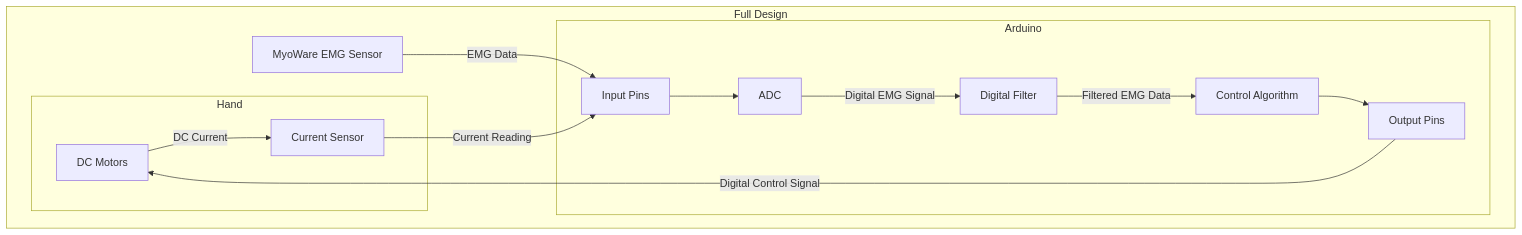
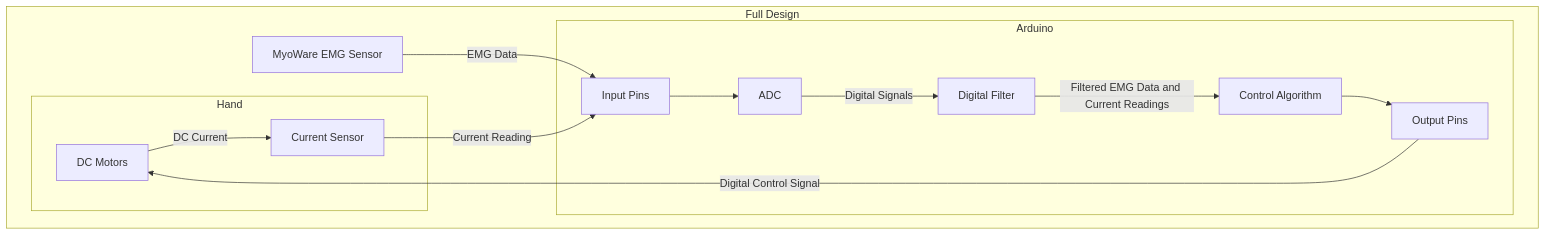
Before and after one commit to PeteMillians/Senior-Design: the diagram in docs/FullDesign.md, drawn with Mermaid.

````diff
--- a/docs/FullDesign.md
+++ b/docs/FullDesign.md
@@ -129,21 +129,21 @@
 ```mermaid
 graph TD
   subgraph Full Design
     A[MyoWare EMG Sensor]
     
     subgraph Arduino
       C1[Input Pins]
       C2[ADC]
       C3[Digital Filter]
       C4[Control Algorithm]
       C5[Output Pins]
     end
 
     subgraph Hand
         B1[DC Motors]
         B2[Current Sensor]
     end
     
-    A -- "EMG Data" --> C1 --> C2 -- "Digital EMG Signal" --> C3 -- "Filtered EMG Data" --> C4 --> C5 -- "Digital Control Signal" --> B1 -- "DC Current" --> B2 -- "Current Reading" --> C1
+    A -- "EMG Data" --> C1 --> C2 -- "Digital Signals" --> C3 -- "Filtered EMG Data and Current Readings" --> C4 --> C5 -- "Digital Control Signal" --> B1 -- "DC Current" --> B2 -- "Current Reading" --> C1
   end
 ```
````
